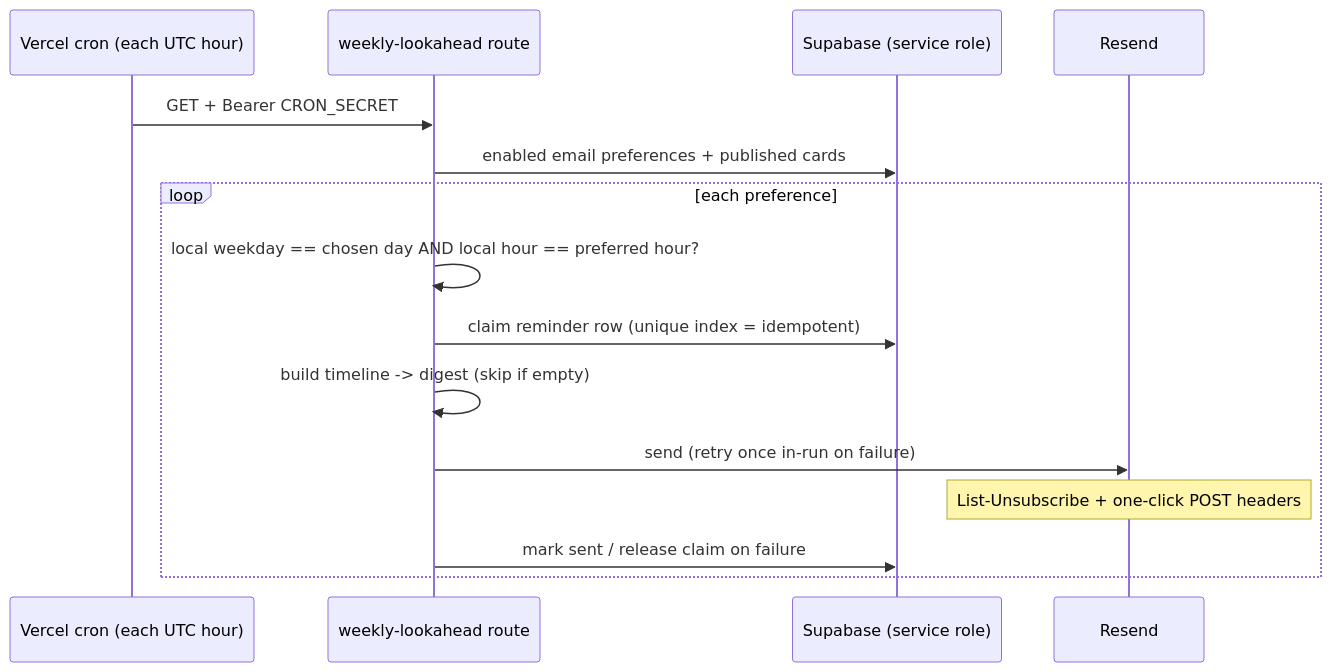
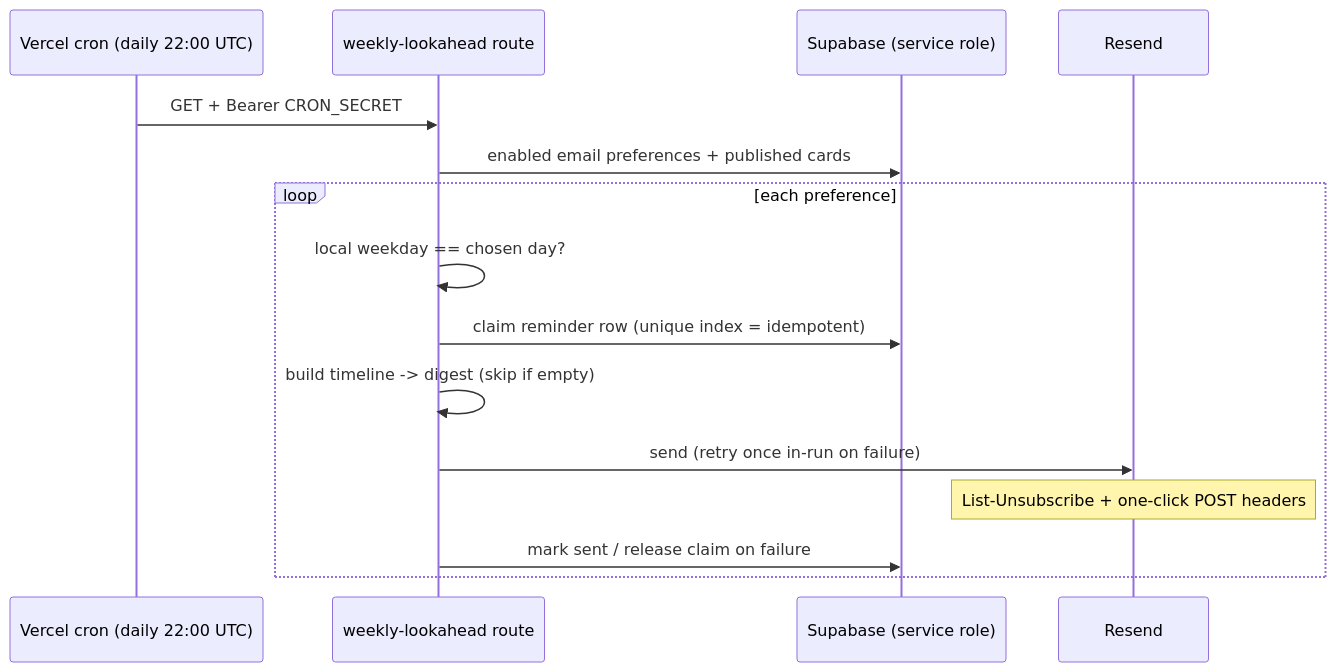
One commit to jacobashhurst-commits/wish-i-knew changed the sixth of 6 diagrams in docs/how-it-works.md. Above: the diagram before and after it, drawn with Mermaid. The commit also changed other lines of this file and 6 other files, not shown here.

First line of the commit message:
Simplify weekly lookahead to one daily ~8am Sydney cron.

````diff
--- a/docs/how-it-works.md
+++ b/docs/how-it-works.md
@@ -160,17 +160,17 @@
 ```mermaid
 sequenceDiagram
-  participant V as Vercel cron (each UTC hour)
+  participant V as Vercel cron (daily 22:00 UTC)
   participant R as weekly-lookahead route
   participant DB as Supabase (service role)
   participant Re as Resend
   V->>R: GET + Bearer CRON_SECRET
   R->>DB: enabled email preferences + published cards
   loop each preference
-    R->>R: local weekday == chosen day AND local hour == preferred hour?
+    R->>R: local weekday == chosen day?
     R->>DB: claim reminder row (unique index = idempotent)
     R->>R: build timeline -> digest (skip if empty)
     R->>Re: send (retry once in-run on failure)
     Note over Re: List-Unsubscribe + one-click POST headers
     R->>DB: mark sent / release claim on failure
   end
 ```
````
